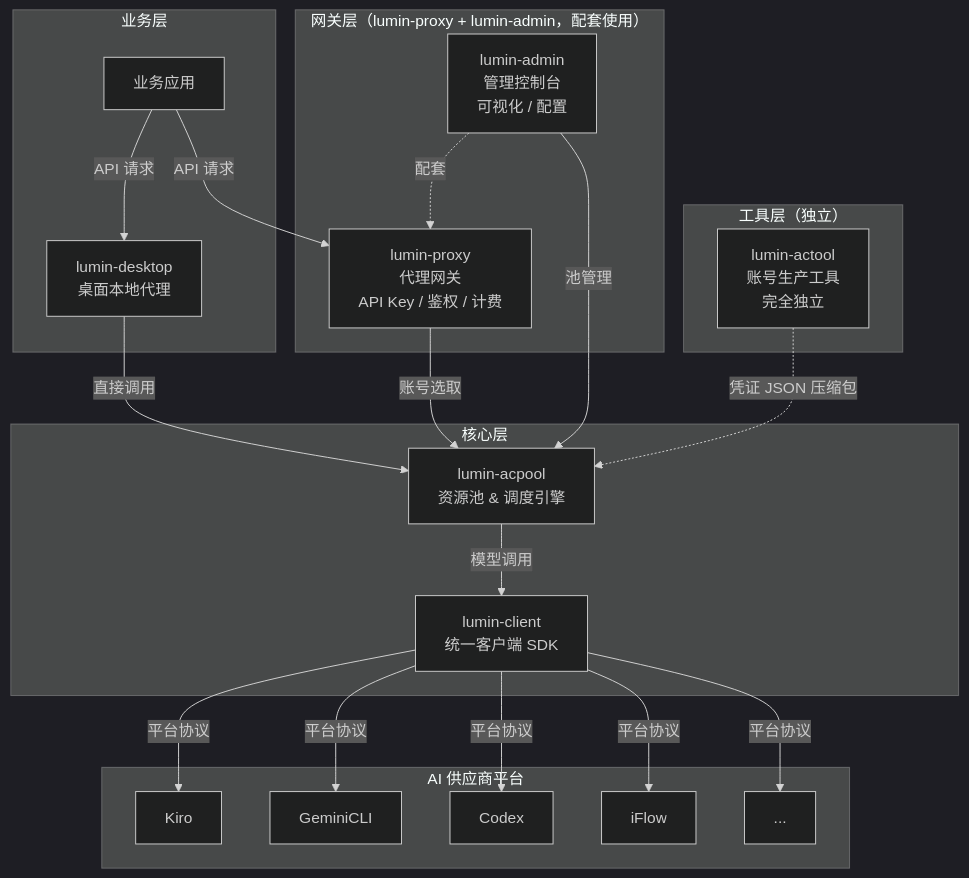
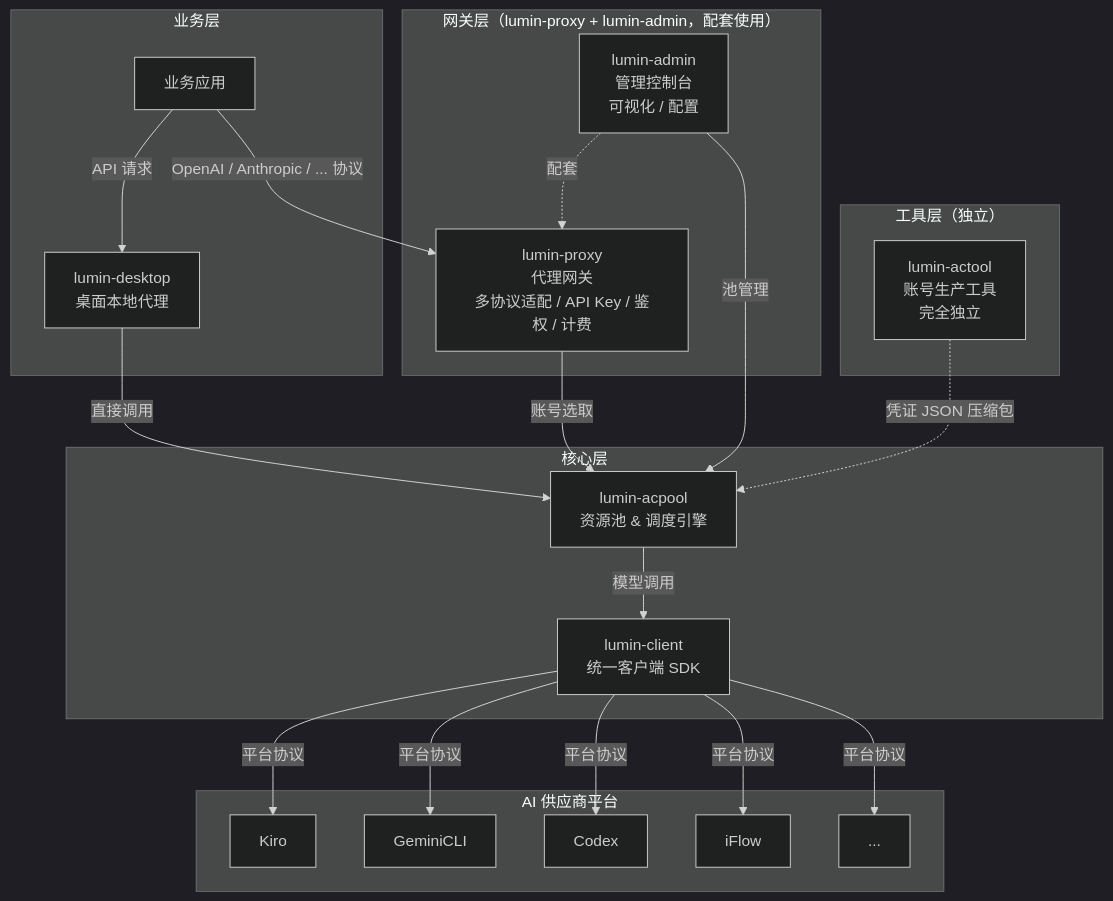
One commit to nomand-zc/lumin-acpool changed the first of 3 diagrams in docs/README_zh_CN.md. Above: the diagram before and after it, drawn with Mermaid (dark theme). The commit also changed other lines of this file and 1 other file, not shown here.

````diff
--- a/docs/README_zh_CN.md
+++ b/docs/README_zh_CN.md
@@ -36,43 +36,43 @@
 ```mermaid
 graph TB
     subgraph "业务层"
         BIZ[业务应用]
         DESKTOP[lumin-desktop<br/>桌面本地代理]
     end
 
     subgraph "网关层（lumin-proxy + lumin-admin，配套使用）"
-        PROXY[lumin-proxy<br/>代理网关<br/>API Key / 鉴权 / 计费]
+        PROXY[lumin-proxy<br/>代理网关<br/>多协议适配 / API Key / 鉴权 / 计费]
         ADMIN[lumin-admin<br/>管理控制台<br/>可视化 / 配置]
         ADMIN -.->|配套| PROXY
     end
 
     subgraph "核心层"
         ACPOOL[lumin-acpool<br/>资源池 & 调度引擎]
         CLIENT[lumin-client<br/>统一客户端 SDK]
     end
 
     subgraph "工具层（独立）"
         ACTOOL[lumin-actool<br/>账号生产工具<br/>完全独立]
     end
 
     subgraph "AI 供应商平台"
         KIRO[Kiro]
         GEMINI[GeminiCLI]
         CODEX[Codex]
         IFLOW[iFlow]
         MORE[...]
     end
 
-    BIZ -->|API 请求| PROXY
+    BIZ -->|"OpenAI / Anthropic / ... 协议"| PROXY
     BIZ -->|API 请求| DESKTOP
     DESKTOP -->|直接调用| ACPOOL
     PROXY -->|账号选取| ACPOOL
     ADMIN -->|池管理| ACPOOL
     ACPOOL -->|模型调用| CLIENT
     CLIENT -->|平台协议| KIRO
     CLIENT -->|平台协议| GEMINI
     CLIENT -->|平台协议| CODEX
     CLIENT -->|平台协议| IFLOW
     CLIENT -->|平台协议| MORE
     ACTOOL -.->|凭证 JSON 压缩包| ACPOOL
 ```
````
